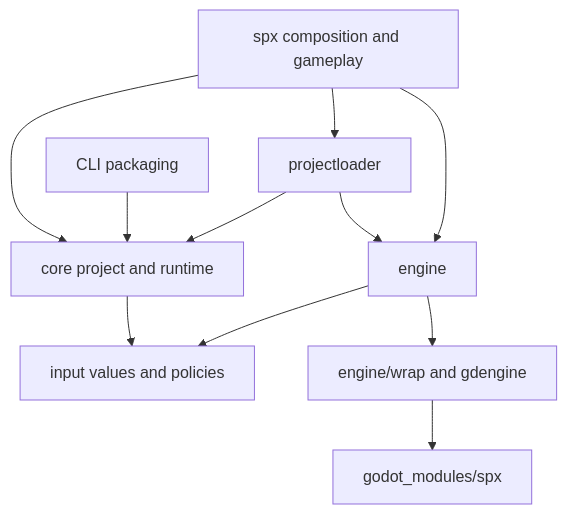
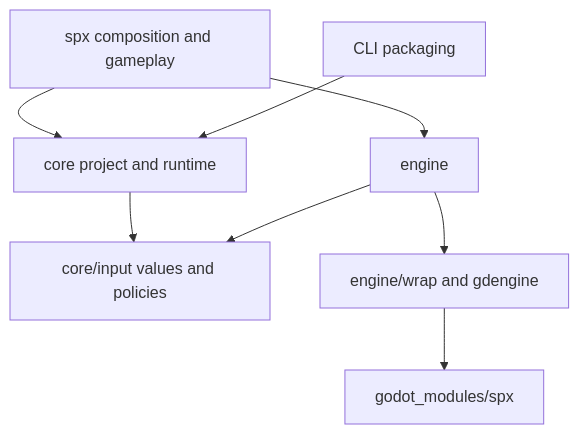
The diagram in docs/en/dev/engine/architecture.md (goplus/spx), drawn with Mermaid before and after one commit. The commit also changed other lines of this file and 406 other files, not shown here.

````diff
--- a/docs/en/dev/engine/architecture.md
+++ b/docs/en/dev/engine/architecture.md
@@ -25,13 +33,10 @@
 ```mermaid
 flowchart TD
     API[spx composition and gameplay] --> Core[core project and runtime]
-    API --> Loader[projectloader]
     API --> Engine[engine]
-    Loader --> Core
-    Loader --> Engine
-    Core --> Input[input values and policies]
+    Core --> Input[core/input values and policies]
     Engine --> Input
     Engine --> Wrappers[engine/wrap and gdengine]
     Wrappers --> Godot[godot_modules/spx]
     CLI[CLI packaging] --> Core
 ```
````
